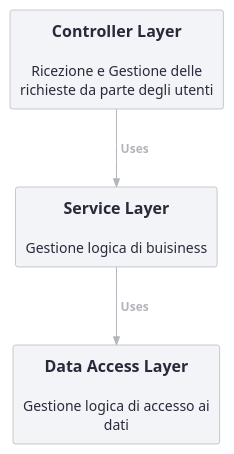
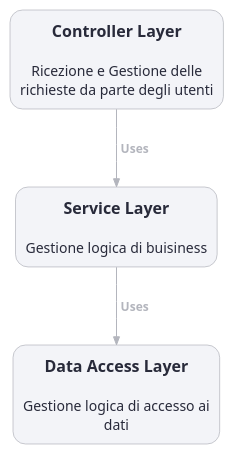
One commit to sir3mat/tesi changed the diagram in assets/three-tier.diagram.puml. Above: the diagram before and after it, drawn with PlantUML. The commit also changed 21 other files, not shown here.

```diff
--- a/assets/three-tier.diagram.puml
+++ b/assets/three-tier.diagram.puml
@@ -1,17 +1,18 @@
 @startuml  three-tier
 !include https://raw.githubusercontent.com/plantuml-stdlib/C4-PlantUML/master/C4_Container.puml
 
-UpdateElementStyle(System, $fontColor="#282a3a", $borderColor="#9496a1",  $bgColor="#f3f4f8")
+UpdateElementStyle(System, $fontColor="#282a3a", $borderColor="#9496a1",  $bgColor="#f3f4f8", $shape=RoundedBoxShape())
 UpdateRelStyle("#b3b5bd", "#b3b5bd")
+
 System(Controller, "Controller Layer","Ricezione e Gestione delle richieste da parte degli utenti")
 System(Service, "Service Layer","Gestione logica di buisiness")
 System(Data, "Data Access Layer", "Gestione logica di accesso ai dati")
 
 
 
 
 Rel(Controller, Service," Uses")
 Rel(Service, Data," Uses")
 
 HIDE_STEREOTYPE()
 @enduml
```
